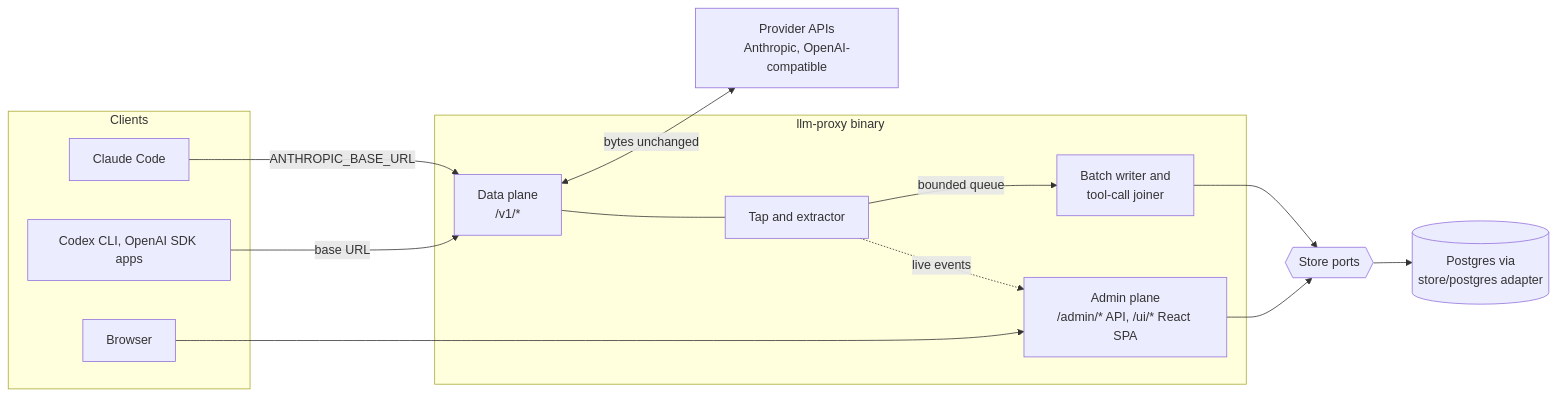
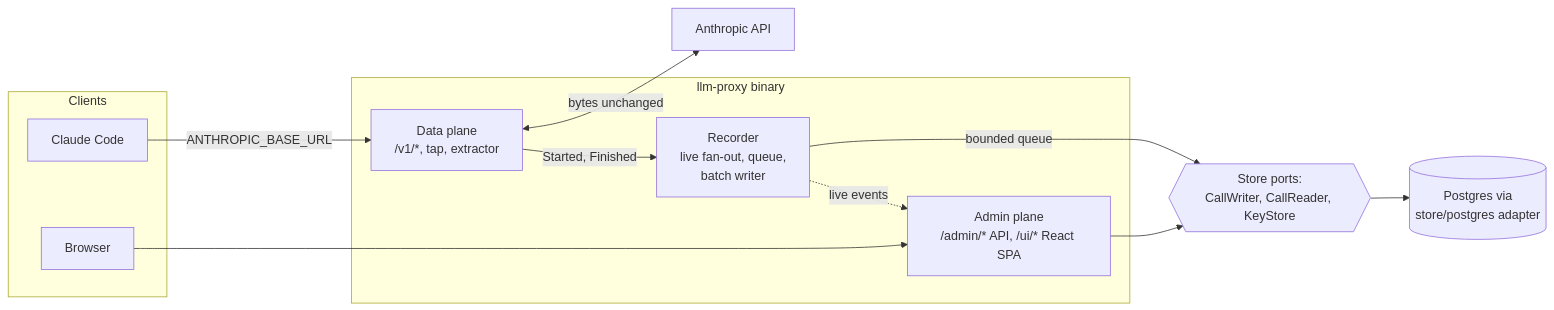
Before and after one commit to mtanzi/llm-proxy: the diagram in docs/architecture/README.md, drawn with Mermaid. The commit also changed other lines of this file and 5 other files, not shown here.

````diff
--- a/docs/architecture/README.md
+++ b/docs/architecture/README.md
@@ -21,27 +23,24 @@
 ```mermaid
 flowchart LR
     subgraph clients[Clients]
         cc[Claude Code]
-        oa[Codex CLI, OpenAI SDK apps]
         br[Browser]
     end
     subgraph bin[llm-proxy binary]
-        dp[Data plane<br/>/v1/*]
-        tap[Tap and extractor]
-        bw[Batch writer and<br/>tool-call joiner]
+        dp[Data plane<br/>/v1/*, tap, extractor]
+        rec[Recorder<br/>live fan-out, queue,<br/>batch writer]
         adm[Admin plane<br/>/admin/* API, /ui/* React SPA]
     end
-    up[Provider APIs<br/>Anthropic, OpenAI-compatible]
-    ports{{Store ports}}
+    up[Anthropic API]
+    ports{{Store ports:<br/>CallWriter, CallReader, KeyStore}}
     pg[(Postgres via<br/>store/postgres adapter)]
 
     cc -->|ANTHROPIC_BASE_URL| dp
-    oa -->|base URL| dp
     dp <-->|bytes unchanged| up
-    dp --- tap
-    tap -->|bounded queue| bw --> ports
+    dp -->|Started, Finished| rec
+    rec -->|bounded queue| ports
     br --> adm
     adm --> ports
     ports --> pg
-    tap -.->|live events| adm
+    rec -.->|live events| adm
 ```
````
